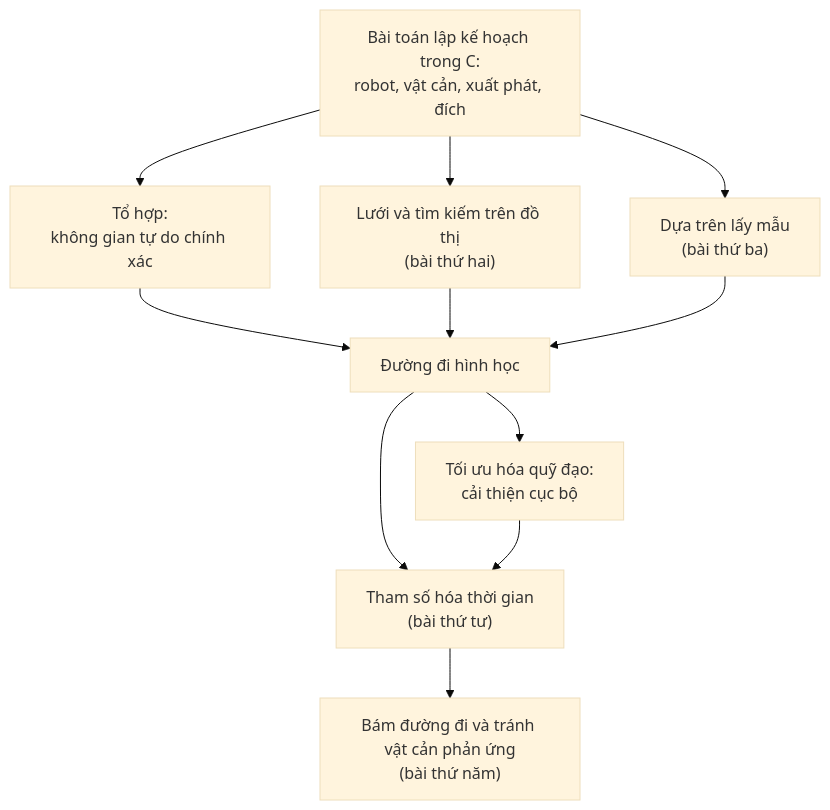
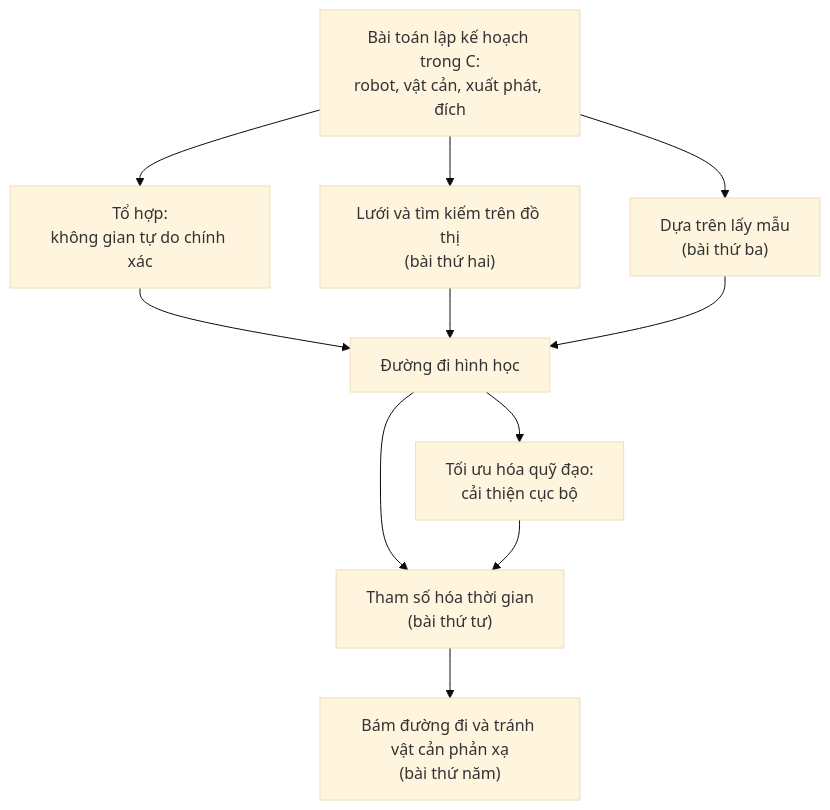
The diagram in src/content/blog/vi/configuration-space-and-the-planning-problem.mdx (acrr-asia/acrr), drawn with Mermaid (base theme) before and after one commit. The commit also changed other lines of this file and 5 other files, not shown here.

````diff
--- a/src/content/blog/vi/configuration-space-and-the-planning-problem.mdx
+++ b/src/content/blog/vi/configuration-space-and-the-planning-problem.mdx
@@ -430,13 +430,13 @@
 ```mermaid
 flowchart TB
     P["Bài toán lập kế hoạch trong C:<br/>robot, vật cản, xuất phát, đích"] --> E["Tổ hợp:<br/>không gian tự do chính xác"]
     P --> G["Lưới và tìm kiếm trên đồ thị<br/>(bài thứ hai)"]
     P --> S["Dựa trên lấy mẫu<br/>(bài thứ ba)"]
     E --> PATH["Đường đi hình học"]
     G --> PATH
     S --> PATH
     PATH --> O["Tối ưu hóa quỹ đạo:<br/>cải thiện cục bộ"]
     PATH --> T["Tham số hóa thời gian<br/>(bài thứ tư)"]
     O --> T
-    T --> F["Bám đường đi và tránh vật cản phản ứng<br/>(bài thứ năm)"]
+    T --> F["Bám đường đi và tránh vật cản phản xạ<br/>(bài thứ năm)"]
 ```
````
